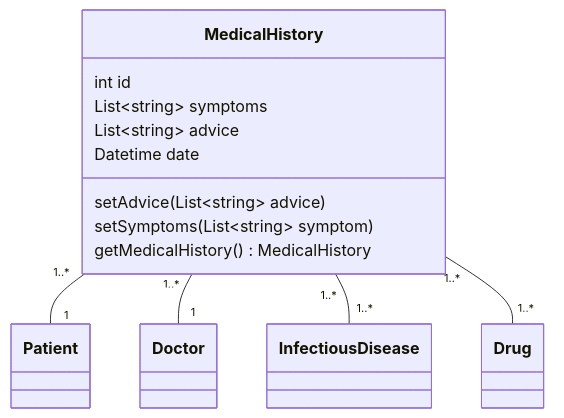
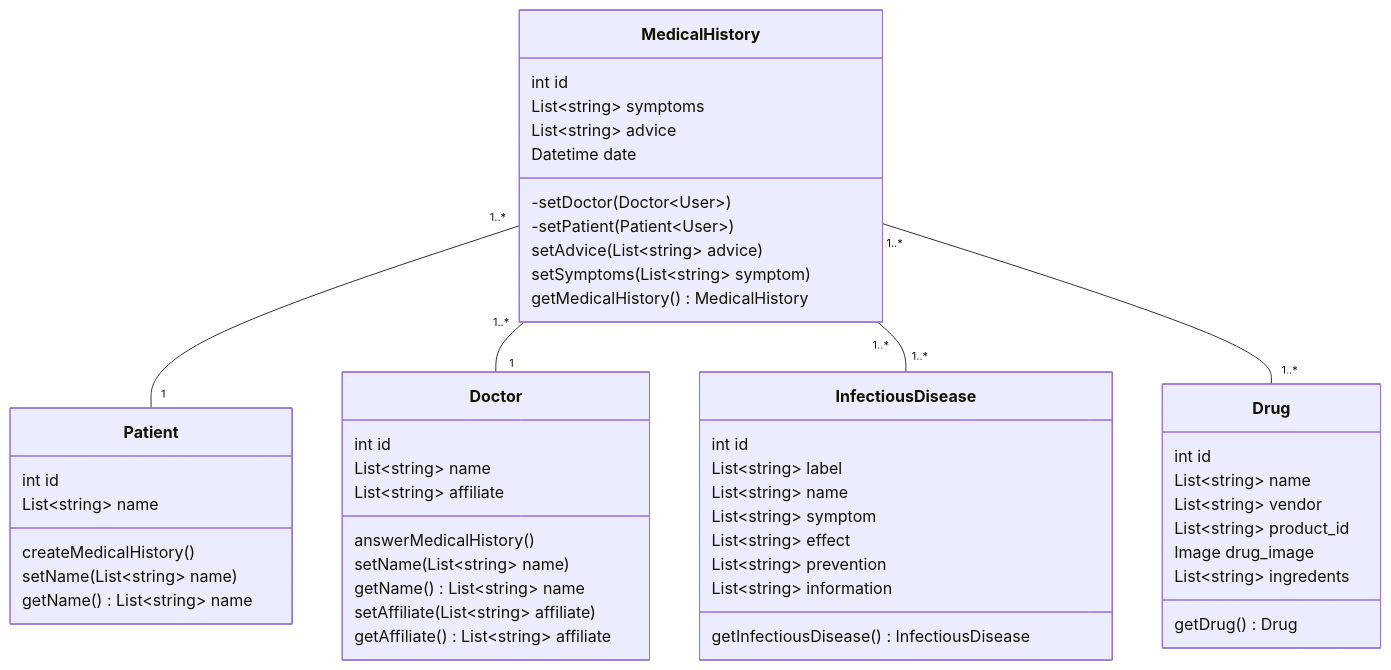
The first of 8 diagrams in BE_README.md (itvkist/infectious-disease), drawn with Mermaid before and after one commit.

````diff
--- a/BE_README.md
+++ b/BE_README.md
@@ -1,16 +1,54 @@
 ```mermaid
 classDiagram
 MedicalHistory "1..*" -- "1" Patient
 MedicalHistory "1..*" -- "1" Doctor
 MedicalHistory "1..*" -- "1..*" InfectiousDisease
 MedicalHistory "1..*" -- "1..*" Drug
 class MedicalHistory{
     int id
     List~string~ symptoms
     List~string~ advice
     Datetime date
+    -setDoctor(Doctor~User~)
+    -setPatient(Patient~User~)
     setAdvice(List~string~ advice)
     setSymptoms(List~string~ symptom)
     getMedicalHistory() MedicalHistory
 }
+class Patient~User~{
+    int id
+    List~string~ name
+    createMedicalHistory()
+    setName(List~string~ name)
+    getName() List~string~ name
+}
+class Doctor~User~{
+    int id
+    List~string~ name
+    List~string~ affiliate
+    answerMedicalHistory()
+    setName(List~string~ name)
+    getName() List~string~ name
+    setAffiliate(List~string~ affiliate)
+    getAffiliate() List~string~ affiliate
+}
+class InfectiousDisease {
+    int id
+    List~string~ label
+    List~string~ name
+    List~string~ symptom
+    List~string~ effect
+    List~string~ prevention
+    List~string~ information
+    getInfectiousDisease() InfectiousDisease
+}
+class Drug {
+    int id
+    List~string~ name
+    List~string~ vendor
+    List~string~ product_id
+    Image drug_image
+    List~string~ ingredents
+    getDrug() Drug
+}
 ```
````
